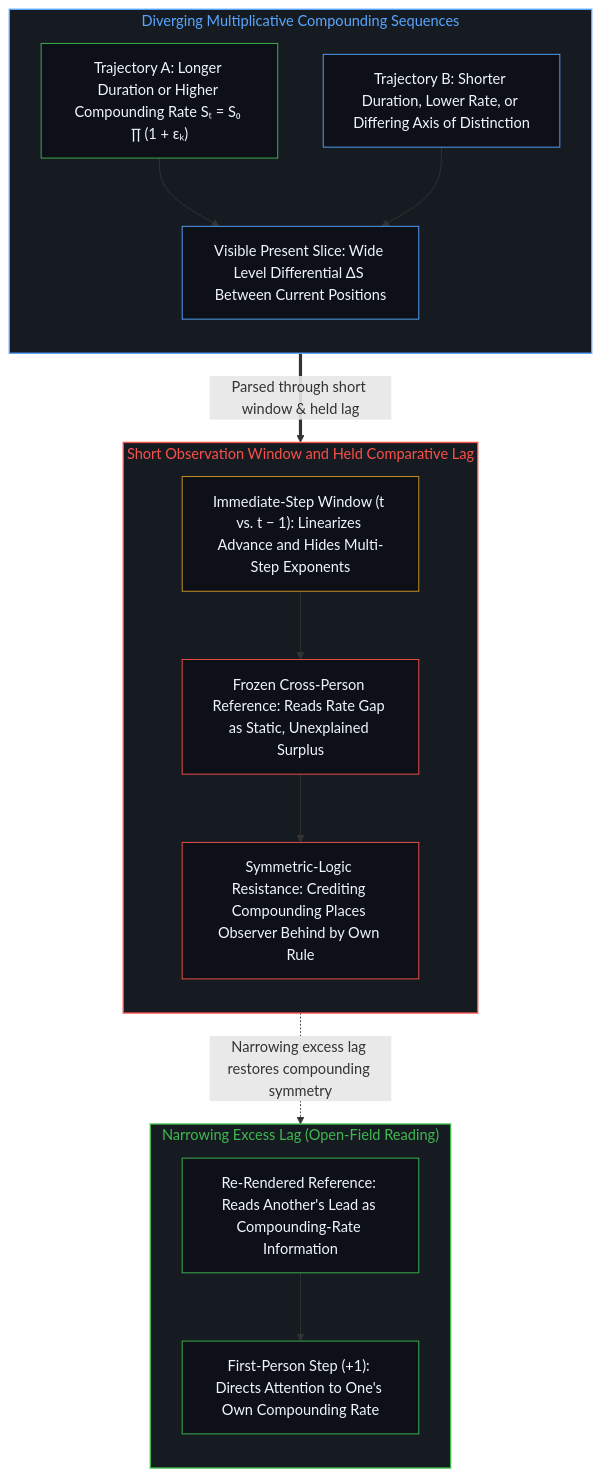
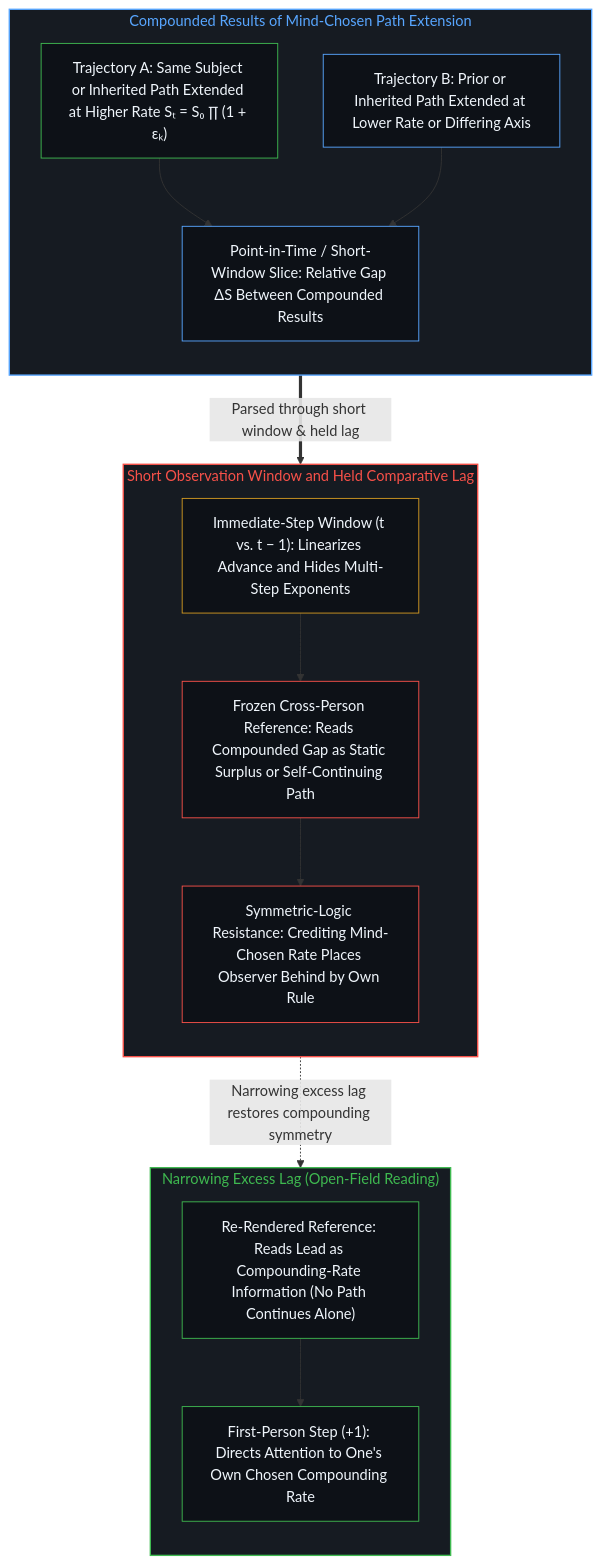
The second of 4 diagrams in content/posts/relative-differentials-and-the-compounding-of-comparison.md (powerpig99/not-a-toe), drawn with Mermaid before and after one commit. The commit also changed other lines of this file and 3 other files, not shown here.

Commit message:
Refine Post #454: fix English H1 and weave inherited-path compounding cut

````diff
--- a/content/posts/relative-differentials-and-the-compounding-of-comparison.md
+++ b/content/posts/relative-differentials-and-the-compounding-of-comparison.md
@@ -67,37 +67,37 @@
 ```mermaid
 flowchart TD
-    subgraph S_Comp["Diverging Multiplicative Compounding Sequences"]
+    subgraph S_Comp["Compounded Results of Mind-Chosen Path Extension"]
         direction TB
-        C1["Trajectory A: Longer Duration or Higher Compounding Rate Sₜ = S₀ ∏ (1 + εₖ)"]
-        C2["Trajectory B: Shorter Duration, Lower Rate, or Differing Axis of Distinction"]
-        C3["Visible Present Slice: Wide Level Differential ΔS Between Current Positions"]
+        C1["Trajectory A: Same Subject or Inherited Path Extended at Higher Rate Sₜ = S₀ ∏ (1 + εₖ)"]
+        C2["Trajectory B: Prior or Inherited Path Extended at Lower Rate or Differing Axis"]
+        C3["Point-in-Time / Short-Window Slice: Relative Gap ΔS Between Compounded Results"]
         C1 --> C3
         C2 --> C3
     end
     subgraph S_Lag["Short Observation Window and Held Comparative Lag"]
         direction TB
         L1["Immediate-Step Window (t vs. t − 1): Linearizes Advance and Hides Multi-Step Exponents"]
-        L2["Frozen Cross-Person Reference: Reads Rate Gap as Static, Unexplained Surplus"]
-        L3["Symmetric-Logic Resistance: Crediting Compounding Places Observer Behind by Own Rule"]
+        L2["Frozen Cross-Person Reference: Reads Compounded Gap as Static Surplus or Self-Continuing Path"]
+        L3["Symmetric-Logic Resistance: Crediting Mind-Chosen Rate Places Observer Behind by Own Rule"]
         L1 --> L2 --> L3
     end
     subgraph S_Open["Narrowing Excess Lag (Open-Field Reading)"]
         direction TB
-        O1["Re-Rendered Reference: Reads Another's Lead as Compounding-Rate Information"]
-        O2["First-Person Step (+1): Directs Attention to One's Own Compounding Rate"]
+        O1["Re-Rendered Reference: Reads Lead as Compounding-Rate Information (No Path Continues Alone)"]
+        O2["First-Person Step (+1): Directs Attention to One's Own Chosen Compounding Rate"]
         O1 --> O2
     end
     C3 ==>|"Parsed through short window & held lag"| L1
     L3 -.->|"Narrowing excess lag restores compounding symmetry"| O1
     style S_Comp fill:#161b22,stroke:#58a6ff,stroke-width:1.5px,color:#58a6ff
     style S_Lag fill:#161b22,stroke:#f85149,stroke-width:1.5px,color:#f85149
     style S_Open fill:#161b22,stroke:#3fb950,stroke-width:1.5px,color:#3fb950
     style C1 fill:#0d1117,stroke:#3fb950,stroke-width:1px,color:#f0f6fc
     style C2 fill:#0d1117,stroke:#58a6ff,stroke-width:1px,color:#f0f6fc
     style C3 fill:#0d1117,stroke:#58a6ff,stroke-width:1px,color:#f0f6fc
     style L1 fill:#0d1117,stroke:#d29922,stroke-width:1px,color:#f0f6fc
     style L2 fill:#0d1117,stroke:#f85149,stroke-width:1px,color:#f0f6fc
     style L3 fill:#0d1117,stroke:#f85149,stroke-width:1px,color:#f0f6fc
     style O1 fill:#0d1117,stroke:#3fb950,stroke-width:1px,color:#f0f6fc
     style O2 fill:#0d1117,stroke:#3fb950,stroke-width:1px,color:#f0f6fc
 ```
````
